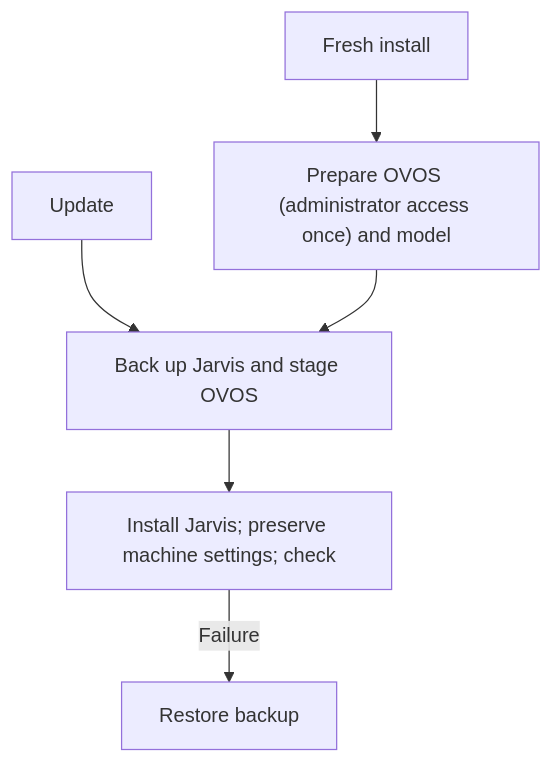
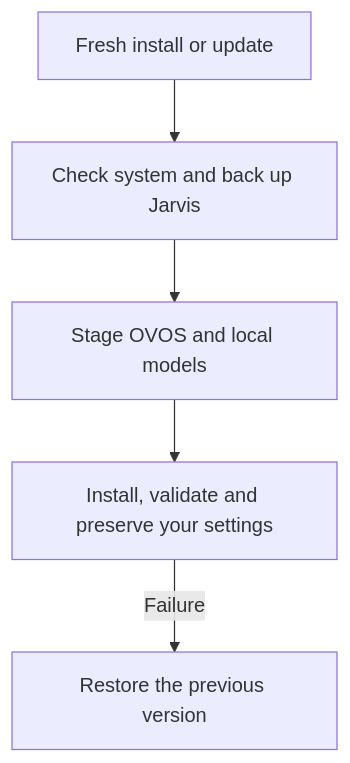
Before and after one commit to evok3dx/OVOS-Commands: the diagram in README.md, drawn with Mermaid. The commit also changed other lines of this file and 34 other files, not shown here.

````diff
--- a/README.md
+++ b/README.md
@@ -34,8 +39,7 @@
 ```mermaid
 flowchart TD
-  A["Fresh install"] --> C["Prepare OVOS (administrator access once) and model"]
-  B["Update"] --> D["Back up Jarvis and stage OVOS"]
-  C --> D
-  D --> E["Install Jarvis; preserve machine settings; check"]
-  E -->|"Failure"| F["Restore backup"]
+  A["Fresh install or update"] --> B["Check system and back up Jarvis"]
+  B --> C["Stage OVOS and local models"]
+  C --> D["Install, validate and preserve your settings"]
+  D -->|"Failure"| E["Restore the previous version"]
 ```
````
